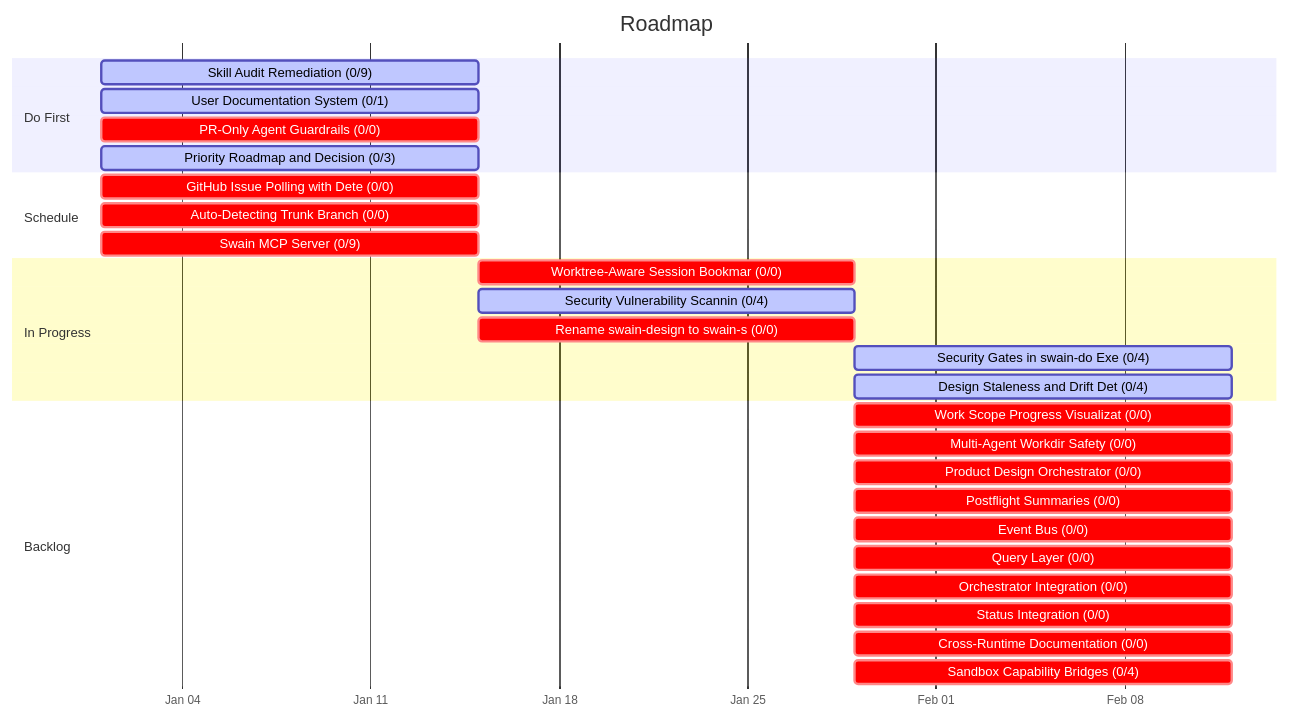
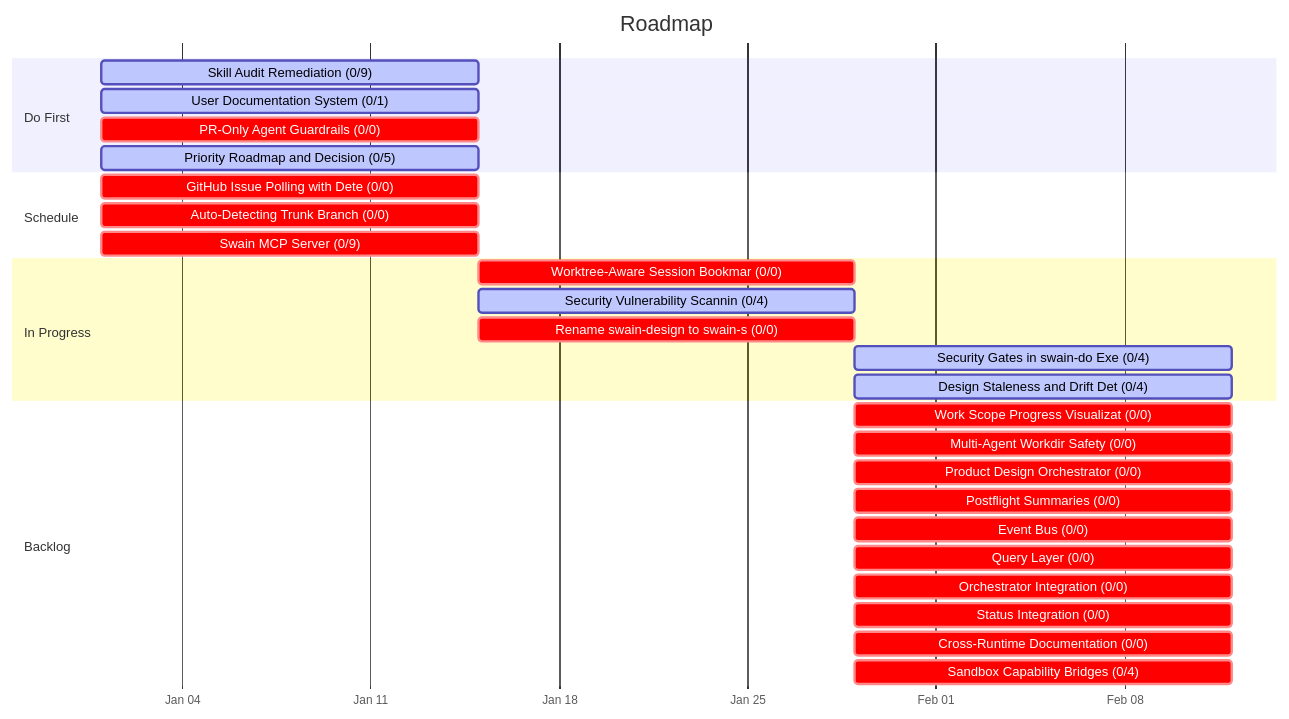
Before and after one commit to cristoslc/swain: the first of 2 diagrams in ROADMAP.md, drawn with Mermaid. The commit also changed other lines of this file and 18 other files, not shown here.

````diff
--- a/ROADMAP.md
+++ b/ROADMAP.md
@@ -86,33 +57,33 @@
 ```mermaid
 gantt
     title Roadmap
     dateFormat YYYY-MM-DD
     axisFormat %b %d
     tickInterval 1week
     section Do First
     Skill Audit Remediation (0/9) :active, t0, 2026-01-01, 14d
     User Documentation System (0/1) :active, t1, 2026-01-01, 14d
     PR-Only Agent Guardrails (0/0) :crit, t2, 2026-01-01, 14d
-    Priority Roadmap and Decision  (0/3) :active, t3, 2026-01-01, 14d
+    Priority Roadmap and Decision  (0/5) :active, t3, 2026-01-01, 14d
     section Schedule
     GitHub Issue Polling with Dete (0/0) :crit, t4, 2026-01-01, 14d
     Auto-Detecting Trunk Branch (0/0) :crit, t5, 2026-01-01, 14d
     Swain MCP Server (0/9) :crit, t6, 2026-01-01, 14d
     section In Progress
     Worktree-Aware Session Bookmar (0/0) :crit, t7, 2026-01-15, 14d
     Security Vulnerability Scannin (0/4) :active, t8, 2026-01-15, 14d
     Rename swain-design to swain-s (0/0) :crit, t9, 2026-01-15, 14d
     Security Gates in swain-do Exe (0/4) :active, t10, after t8, 14d
     Design Staleness and Drift Det (0/4) :active, t11, 2026-01-29, 14d
     section Backlog
     Work Scope Progress Visualizat (0/0) :crit, t12, 2026-01-29, 14d
     Multi-Agent Workdir Safety (0/0) :crit, t13, 2026-01-29, 14d
     Product Design Orchestrator (0/0) :crit, t14, after t9, 14d
     Postflight Summaries (0/0) :crit, t15, 2026-01-29, 14d
     Event Bus (0/0) :crit, t16, 2026-01-29, 14d
     Query Layer (0/0) :crit, t17, 2026-01-29, 14d
     Orchestrator Integration (0/0) :crit, t18, 2026-01-29, 14d
     Status Integration (0/0) :crit, t19, 2026-01-29, 14d
     Cross-Runtime Documentation (0/0) :crit, t20, 2026-01-29, 14d
     Sandbox Capability Bridges (0/4) :crit, t21, after t7, 14d
 ```
````
